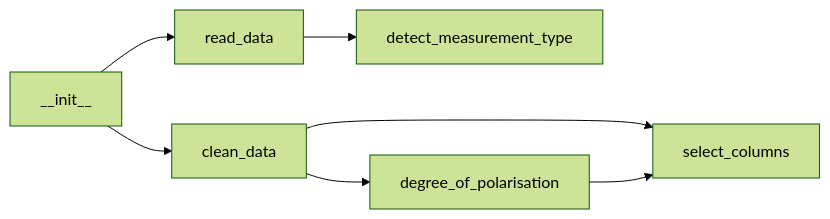
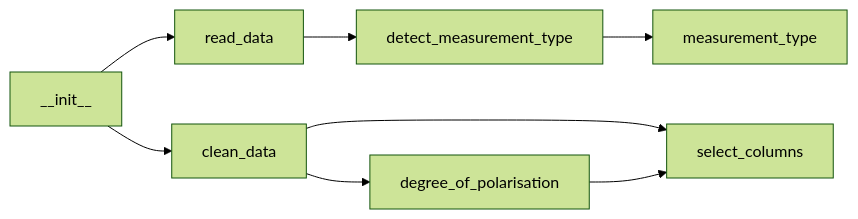
Before and after one commit to nicoeinsidler/pigor: the first of 2 diagrams in Measurement.md, drawn with Mermaid (forest theme). The commit also changed other lines of this file, not shown here.

Commit message:
added plot flow

````diff
--- a/Measurement.md
+++ b/Measurement.md
@@ -23,9 +24,10 @@
 ```mermaid
 graph LR;
     __init__ --> read_data
     __init__ --> clean_data
     read_data --> detect_measurement_type
+    detect_measurement_type --> measurement_type
     clean_data --> degree_of_polarisation
     clean_data --> select_columns
     degree_of_polarisation --> select_columns
 ```
````
